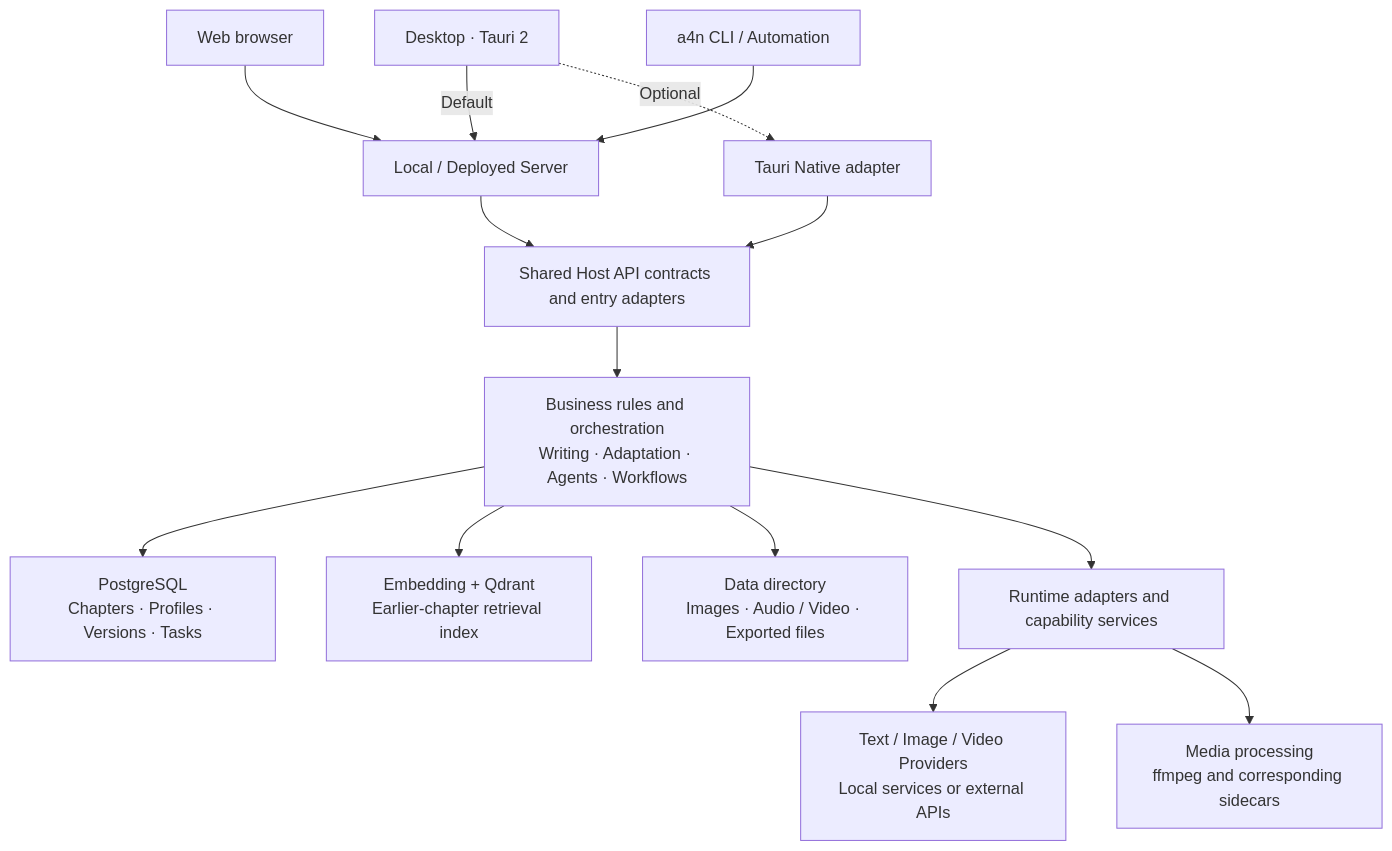
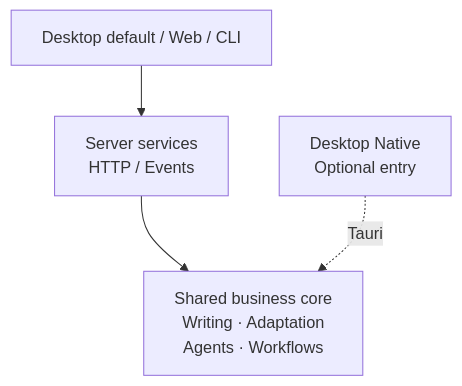
Diagram 16 of 18 in README.en.md (GTJasonMK/A4N), drawn with Mermaid before and after one commit. The commit also changed other lines of this file and 2 other files, not shown here.

First line of the commit message:
docs: fix README diagram flows and mobile readability

````diff
--- a/README.en.md
+++ b/README.en.md
@@ -264,18 +281,8 @@
 ```mermaid
 flowchart TB
-  accTitle: Entry points, shared business logic, storage and model capabilities
-  accDescr: The desktop defaults to a local Server; Web and CLI also enter the shared core through Server adapters. Tauri Native is another entry adapter. Separate boundaries own data, retrieval, files and model services; this is not a Rust dependency graph.
-  desktop["Desktop · Tauri 2"] -->|Default| server["Local / Deployed Server"]
-  web["Web browser"] --> server
-  cli["a4n CLI / Automation"] --> server
-  desktop -.->|Optional| native["Tauri Native adapter"]
-  server --> host["Shared Host API contracts and entry adapters"]
-  native --> host
-  host --> business["Business rules and orchestration<br/>Writing · Adaptation · Agents · Workflows"]
-  business --> db["PostgreSQL<br/>Chapters · Profiles · Versions · Tasks"]
-  business --> rag["Embedding + Qdrant<br/>Earlier-chapter retrieval index"]
-  business --> files["Data directory<br/>Images · Audio / Video · Exported files"]
-  business --> runtime["Runtime adapters and capability services"]
-  runtime --> models["Text / Image / Video Providers<br/>Local services or external APIs"]
-  runtime --> media["Media processing<br/>ffmpeg and corresponding sidecars"]
+  accTitle: How entry points reach the shared business core
+  accDescr: Desktop default mode, Web and CLI enter the business core through the Server service group. Optional desktop Native mode uses Tauri command adapters. Shared Host API contracts constrain both entries; the contracts are not an independent running service.
+  clients["Desktop default / Web / CLI"] --> server["Server services<br/>HTTP / Events"]
+  server --> business["Shared business core<br/>Writing · Adaptation<br/>Agents · Workflows"]
+  native["Desktop Native<br/>Optional entry"] -.->|Tauri| business
 ```
````
